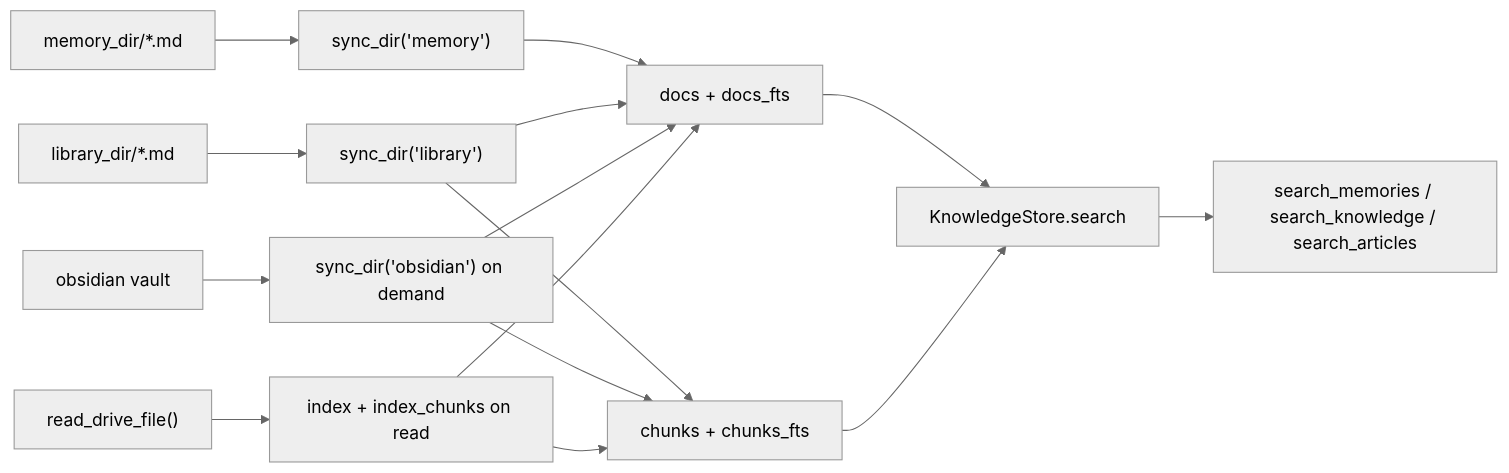
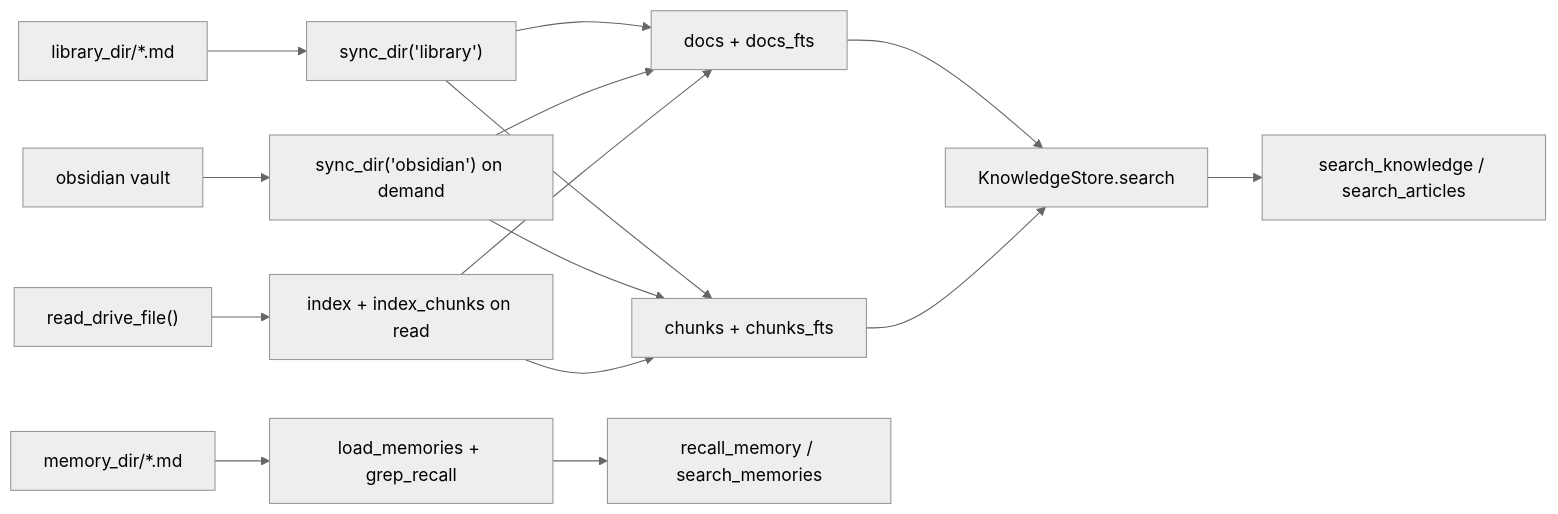
Before and after one commit to binlecode/co-cli: the second of 2 diagrams in docs/DESIGN-context.md, drawn with Mermaid (neutral theme). The commit also changed other lines of this file and 13 other files, not shown here.

First line of the commit message:
refactor: remove FTS memory search paths — grep-only recall (v0.7.58)

````diff
--- a/docs/DESIGN-context.md
+++ b/docs/DESIGN-context.md
@@ -206,20 +207,20 @@
 ```mermaid
 flowchart LR
-    Memories["memory_dir/*.md"] --> SyncMem["sync_dir('memory')"]
+    Memories["memory_dir/*.md"] --> MemGrep["load_memories + grep_recall"]
     Library["library_dir/*.md"] --> SyncLib["sync_dir('library')"]
     Obsidian["obsidian vault"] --> SyncObs["sync_dir('obsidian') on demand"]
     Drive["read_drive_file()"] --> CacheDrive["index + index_chunks on read"]
 
-    SyncMem --> Docs["docs + docs_fts"]
-    SyncLib --> Docs
+    SyncLib --> Docs["docs + docs_fts"]
     SyncObs --> Docs
     CacheDrive --> Docs
 
     SyncLib --> Chunks["chunks + chunks_fts"]
     SyncObs --> Chunks
     CacheDrive --> Chunks
 
+    MemGrep --> MemTools["recall_memory / search_memories"]
     Docs --> Search["KnowledgeStore.search"]
     Chunks --> Search
-    Search --> Tools["search_memories / search_knowledge / search_articles"]
+    Search --> ArtTools["search_knowledge / search_articles"]
 ```
````
